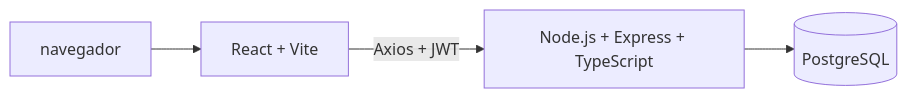
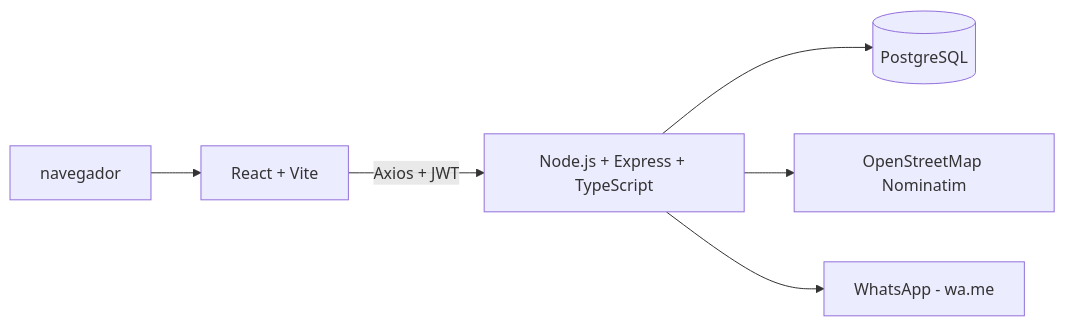
One commit to herrerat208/olimpiadas changed the diagram in README.md. Above: the diagram before and after it, drawn with Mermaid. The commit also changed other lines of this file and 10 other files, not shown here.

````diff
--- a/README.md
+++ b/README.md
@@ -22,6 +24,8 @@
 ```mermaid
 flowchart LR
     Browser[ navegador ] --> Frontend[React + Vite]
     Frontend -->|Axios + JWT| Backend[Node.js + Express + TypeScript]
     Backend --> Database[(PostgreSQL)]
+    Backend --> Nominatim[OpenStreetMap Nominatim]
+    Backend --> WhatsApp[WhatsApp - wa.me]
 ```
````
